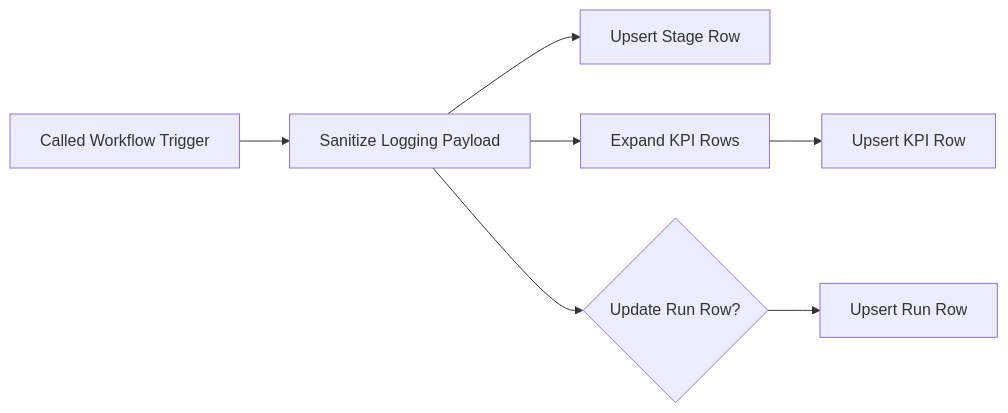
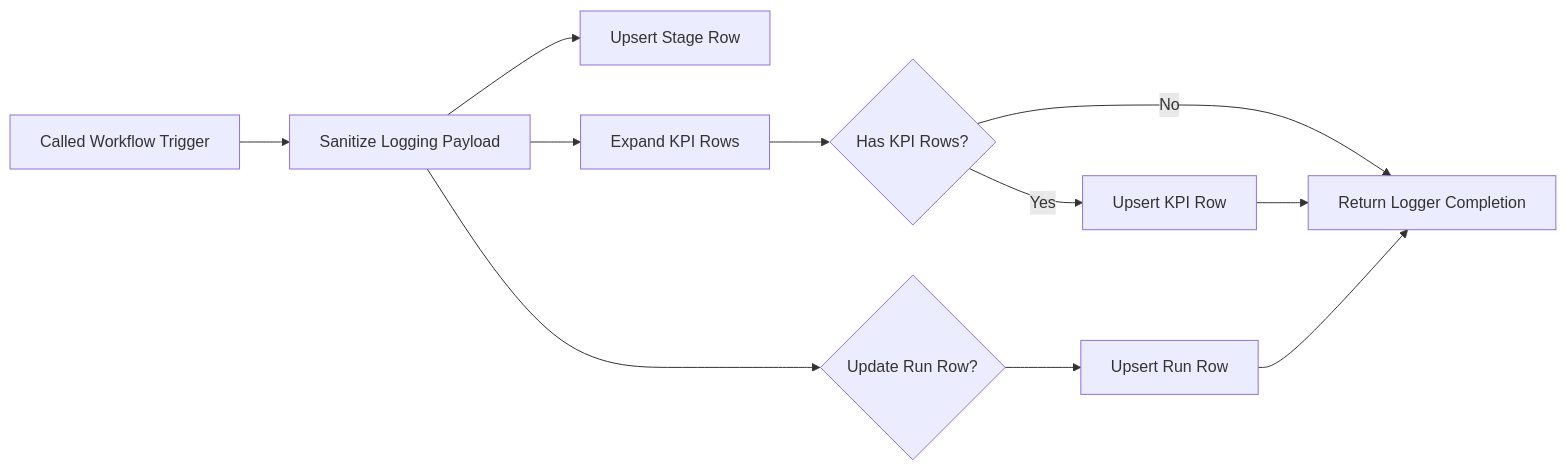
Before and after one commit to cizmeli/ga4-ai-analytics-automation: the diagram in workflows/docs/ga4-project-log-writer.md, drawn with Mermaid. The commit also changed other lines of this file, not shown here.

Commit message:
docs: document active 9-node Log Writer

```diff
--- a/workflows/docs/ga4-project-log-writer.md
+++ b/workflows/docs/ga4-project-log-writer.md
@@ -26,9 +28,13 @@
 ~~~mermaid
 flowchart LR
   T[Called Workflow Trigger] --> S[Sanitize Logging Payload]
   S --> U[Upsert Stage Row]
   S --> K[Expand KPI Rows]
-  K --> KP[Upsert KPI Row]
-  S --> Q{Update Run Row?}
-  Q --> R[Upsert Run Row]
+  K --> Q{Has KPI Rows?}
+  Q -->|Yes| KP[Upsert KPI Row]
+  Q -->|No| C[Return Logger Completion]
+  KP --> C
+  S --> RQ{Update Run Row?}
+  RQ --> RU[Upsert Run Row]
+  RU --> C
 ~~~
```
